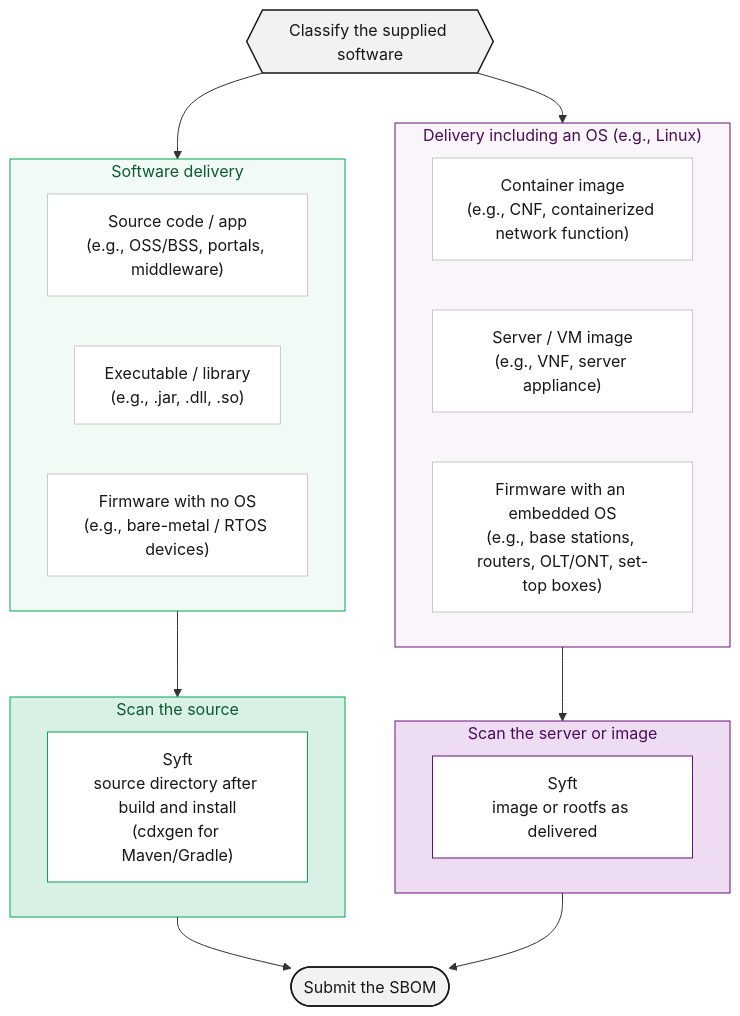
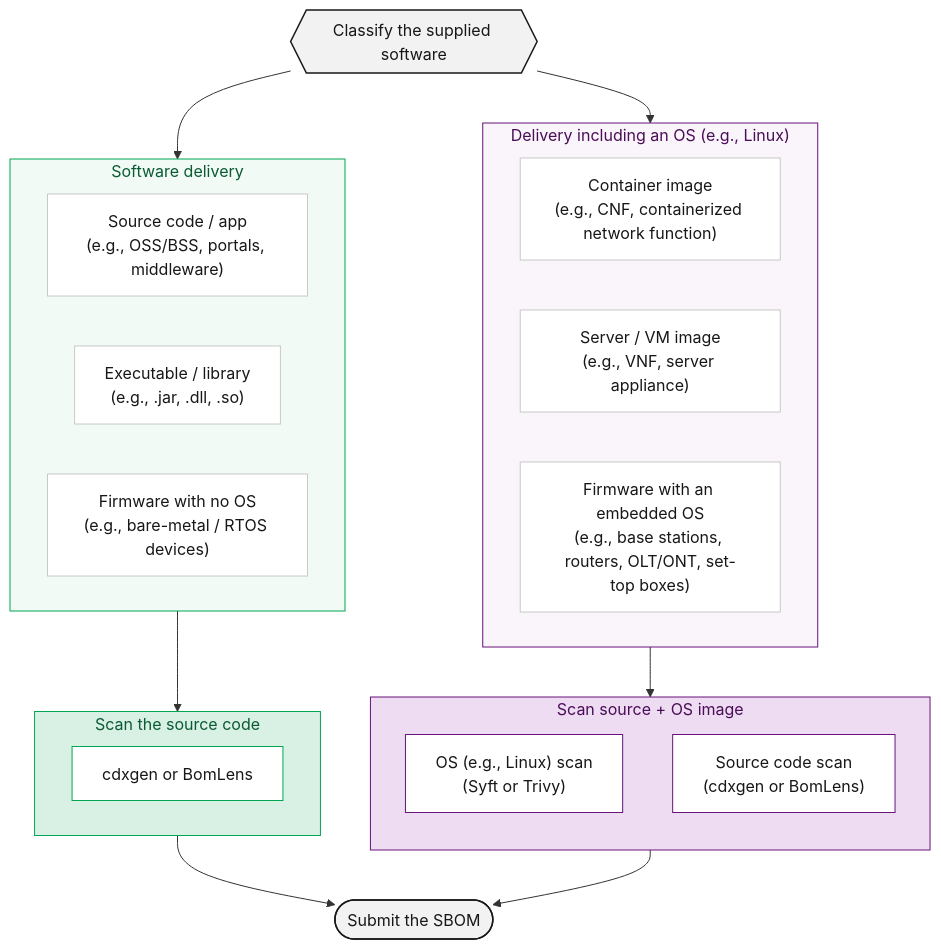
The diagram in content/en/guide/supply-chain/for-suppliers/creation-guide/_index.md (sktelecom/sktelecom.github.io), drawn with Mermaid before and after one commit. The commit also changed other lines of this file and 1 other file, not shown here.

````diff
--- a/content/en/guide/supply-chain/for-suppliers/creation-guide/_index.md
+++ b/content/en/guide/supply-chain/for-suppliers/creation-guide/_index.md
@@ -14,61 +14,63 @@
 ```mermaid
 graph TD
     A{{"Classify the supplied software"}}
 
     subgraph G1["Software delivery"]
       direction LR
       T1["Source code / app<br>(e.g., OSS/BSS, portals, middleware)"]
       T2["Executable / library<br>(e.g., .jar, .dll, .so)"]
       T3["Firmware with no OS<br>(e.g., bare-metal / RTOS devices)"]
     end
 
     subgraph G2["Delivery including an OS (e.g., Linux)"]
       direction LR
       T4["Container image<br>(e.g., CNF, containerized network function)"]
       T5["Server / VM image<br>(e.g., VNF, server appliance)"]
       T6["Firmware with an embedded OS<br>(e.g., base stations, routers, OLT/ONT, set-top boxes)"]
     end
 
-    %% Left: source scan with an inner box
-    subgraph M1["Scan the source"]
-      M1_Sub["Syft<br>source directory after build and install<br>(cdxgen for Maven/Gradle)"]
+    %% Left: source-code scan with an inner box
+    subgraph M1["Scan the source code"]
+      M1_Sub["cdxgen or BomLens"]
     end
 
-    %% Right: server or image scan with an inner box
-    subgraph M2["Scan the server or image"]
-      M2_Sub["Syft<br>image or rootfs as delivered"]
+    %% Right: source + OS image scan with inner boxes (stacked vertically)
+    subgraph M2["Scan source + OS image"]
+      direction TB
+      M2_Top["OS (e.g., Linux) scan<br>(Syft or Trivy)"]
+      M2_Bottom["Source code scan<br>(cdxgen or BomLens)"]
     end
 
     A --> G1
     A --> G2
     
     %% Connect only to the group borders (one arrow per box)
     G1 --> M1
     G2 --> M2
     
     %% Groups flow to the next step
     M1 --> P(["Submit the SBOM"])
     M2 --> P
 
     classDef start fill:#F2F2F2,stroke:#171717,color:#171717,stroke-width:1.5px
     classDef typebox fill:#ffffff,stroke:#c8c8c8,color:#171717,stroke-width:1px
     classDef submit fill:#F2F2F2,stroke:#171717,color:#171717,stroke-width:1.5px
     
     %% White inner-box styles (left/right border colors)
     classDef subwhite_left fill:#ffffff,stroke:#00A651,color:#171717,stroke-width:1px
     classDef subwhite_right fill:#ffffff,stroke:#68127A,color:#171717,stroke-width:1px
 
     class A start
     class T1,T2,T3,T4,T5,T6 typebox
     class M1_Sub subwhite_left
-    class M2_Sub subwhite_right
+    class M2_Top,M2_Bottom subwhite_right
     class P submit
 
     style G1 fill:#F1FAF5,stroke:#00A651,stroke-width:1px,color:#0A5A32
     style G2 fill:#FAF4FB,stroke:#68127A,stroke-width:1px,color:#4A0D57
     
     %% Outer group boxes keep their fill and border colors
     style M1 fill:#D9F0E4,stroke:#00A651,stroke-width:1px,color:#0A5A32
     style M2 fill:#EEDCF3,stroke:#68127A,stroke-width:1px,color:#4A0D57
 
 ```
````
